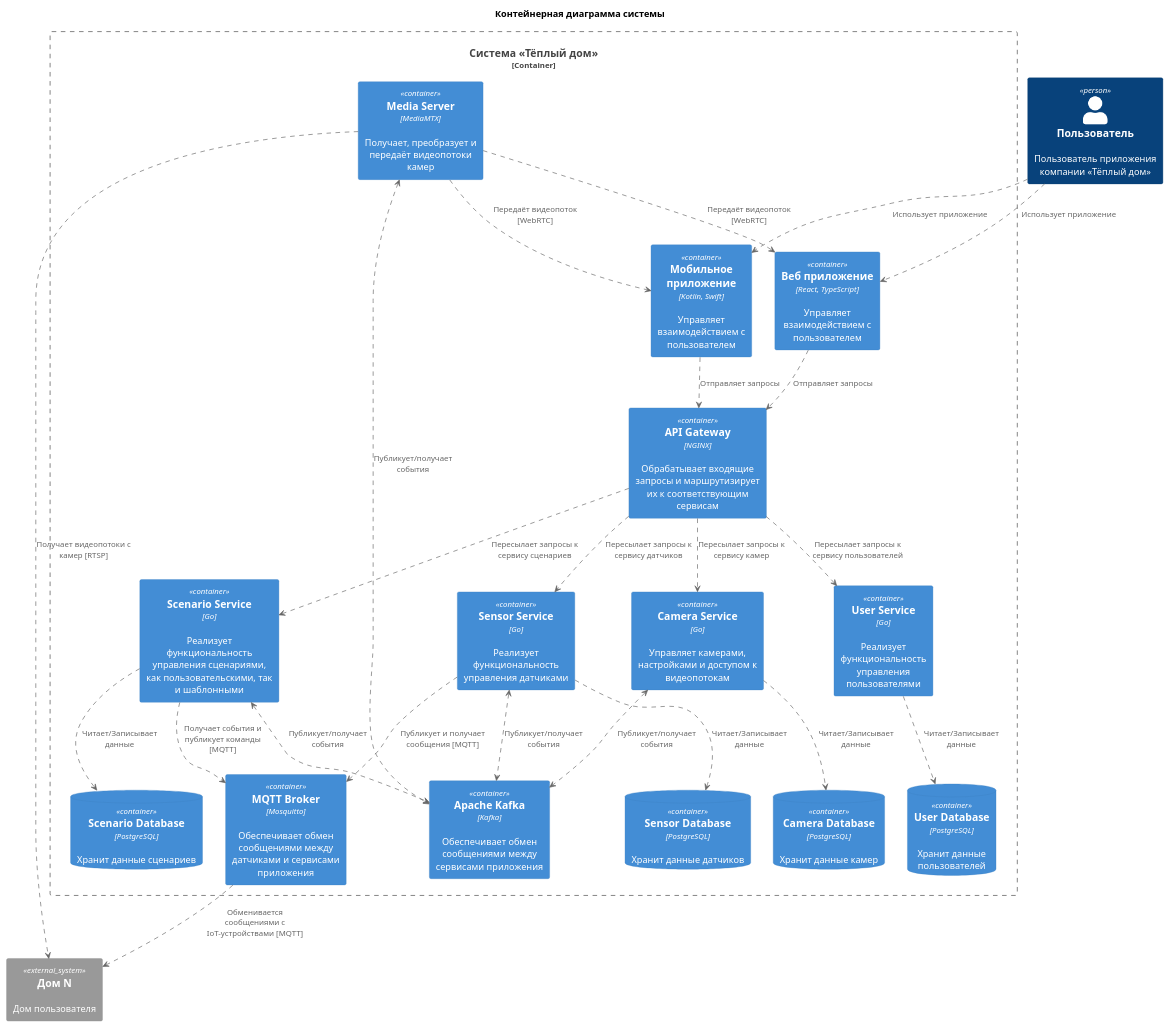
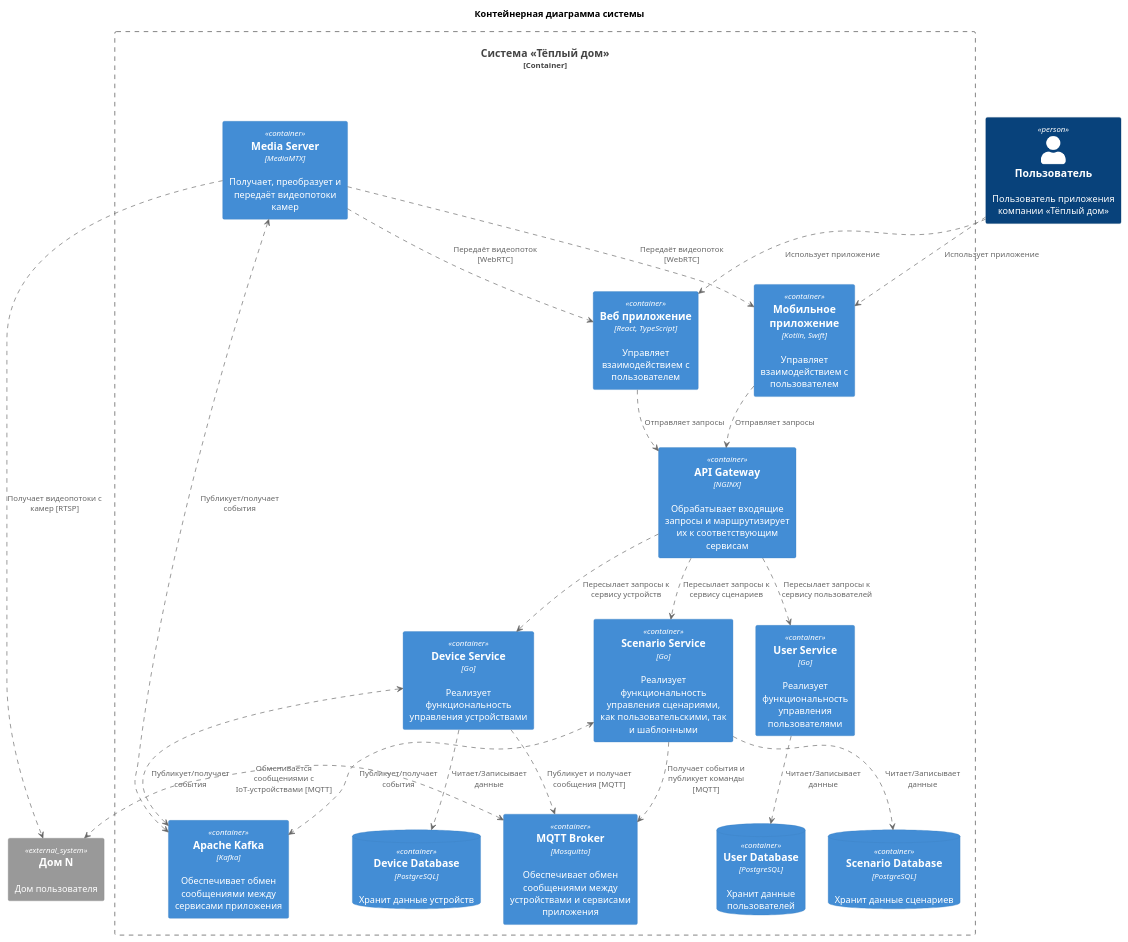
The diagram in diagrams/container/container.puml (PAKETIKk/architecture-warmhouse), drawn with PlantUML before and after one commit. The commit also changed 5 other files, not shown here.

Commit message:
Создание общего сервиса CameraService, SensorSerivice => DeviceService

```diff
--- a/diagrams/container/container.puml
+++ b/diagrams/container/container.puml
@@ -1,65 +1,60 @@
 @startuml
 title Контейнерная диаграмма системы
 ' Импорт
 !includeurl ../../uml-lib/C4_Container.puml
 ' Пользователи
 Person(user, "Пользователь", 'Пользователь приложения компании «Тёплый дом»')
 ' Система
 Container_Boundary(system, "Система «Тёплый дом»") {
 ' Мобильное, веб приложения и API Gateway
   Container(WebApp, "Веб приложение", "React, TypeScript", "Управляет взаимодействием с пользователем")
   Container(MobileApp, "Мобильное приложение", "Kotlin, Swift", "Управляет взаимодействием с пользователем")
   Container(ApiGateway, "API Gateway", "NGINX", "Обрабатывает входящие запросы и маршрутизирует их к соответствующим сервисам")
 ' Сервисы приложения
-  Container(SensorService, "Sensor Service", "Go", "Реализует функциональность управления датчиками")
+  Container(DeviceService, "Device Service", "Go", "Реализует функциональность управления устройствами")
   Container(UserService, "User Service", "Go", "Реализует функциональность управления пользователями")
   Container(ScenarioService, "Scenario Service", "Go", "Реализует функциональность управления сценариями, как пользовательскими, так и шаблонными")
-  Container(CameraService, "Camera Service", "Go", "Управляет камерами, настройками и доступом к видеопотокам")
   Container(MediaServer, "Media Server", "MediaMTX", "Получает, преобразует и передаёт видеопотоки камер")
 ' Брокеры сообщений
-  Container(MqttBroker, "MQTT Broker", "Mosquitto", "Обеспечивает обмен сообщениями между датчиками и сервисами приложения")
+  Container(MqttBroker, "MQTT Broker", "Mosquitto", "Обеспечивает обмен сообщениями между устройствами и сервисами приложения")
   Container(Kafka, "Apache Kafka", "Kafka", "Обеспечивает обмен сообщениями между сервисами приложения")
 ' СУБД
   ContainerDb(UserDatabase, "User Database", "PostgreSQL", "Хранит данные пользователей")
-  ContainerDb(SensorDatabase, "Sensor Database", "PostgreSQL", "Хранит данные датчиков")
-  ContainerDb(CameraDatabase, "Camera Database", "PostgreSQL", "Хранит данные камер")
+  ContainerDb(DeviceDatabase, "Device Database", "PostgreSQL", "Хранит данные устройств")
   ContainerDb(ScenarioDatabase, "Scenario Database", "PostgreSQL", "Хранит данные сценариев")
 }
 ' Внешние системы
 System_Ext(home, "Дом N", 'Дом пользователя')
 ' Взаимодействия пользователя
 user ..> WebApp : "Использует приложение"
 user ..> MobileApp : "Использует приложение"
 ' Взаимодействия приложений
 WebApp ..> ApiGateway : "Отправляет запросы"
 MobileApp ..> ApiGateway : "Отправляет запросы"
 ' Взаимодействия ApiGateway
-ApiGateway ..> SensorService : "Пересылает запросы к сервису датчиков"
-ApiGateway ..> CameraService : "Пересылает запросы к сервису камер"
+ApiGateway ..> DeviceService : "Пересылает запросы к сервису устройств"
 ApiGateway ..> UserService : "Пересылает запросы к сервису пользователей"
 ApiGateway ..> ScenarioService : "Пересылает запросы к сервису сценариев"
 ' Взаимодействия сервисов с базой данных
-SensorService ..> SensorDatabase : "Читает/Записывает данные"
-CameraService ..> CameraDatabase : "Читает/Записывает данные"
+DeviceService ..> DeviceDatabase : "Читает/Записывает данные"
 UserService ..> UserDatabase : "Читает/Записывает данные"
 ScenarioService ..> ScenarioDatabase : "Читает/Записывает данные"
 ' Взаимодействия сервисов
 MediaServer ..> WebApp : "Передаёт видеопоток [WebRTC]"
 MediaServer ..> MobileApp : "Передаёт видеопоток [WebRTC]"
-SensorService ..> MqttBroker : "Публикует и получает сообщения [MQTT]"
+DeviceService ..> MqttBroker : "Публикует и получает сообщения [MQTT]"
 ScenarioService ..> MqttBroker : "Получает события и публикует команды [MQTT]"
 ' Взаимодействия MQTT брокер
-MqttBroker ..> home : "Обменивается сообщениями с IoT-устройствами [MQTT]"
+MqttBroker <.> home : "Обменивается сообщениями с IoT-устройствами [MQTT]"
 MediaServer ..> home : "Получает видеопотоки с камер [RTSP]"
 ' Взаимодействия Kafka
-SensorService <.> Kafka : "Публикует/получает события"
+DeviceService <.> Kafka : "Публикует/получает события"
 ScenarioService <.> Kafka : "Публикует/получает события"
-CameraService <.> Kafka : "Публикует/получает события"
 MediaServer <.> Kafka : "Публикует/получает события"
 ' Подсказка для рендера
 user -[hidden]down-> MobileApp
 MobileApp -[hidden]down-> ApiGateway
 WebApp -[hidden]left-> MobileApp
 
-Kafka -[hidden]down-> SensorService
+Kafka -[hidden]down-> DeviceService
 @enduml
```
